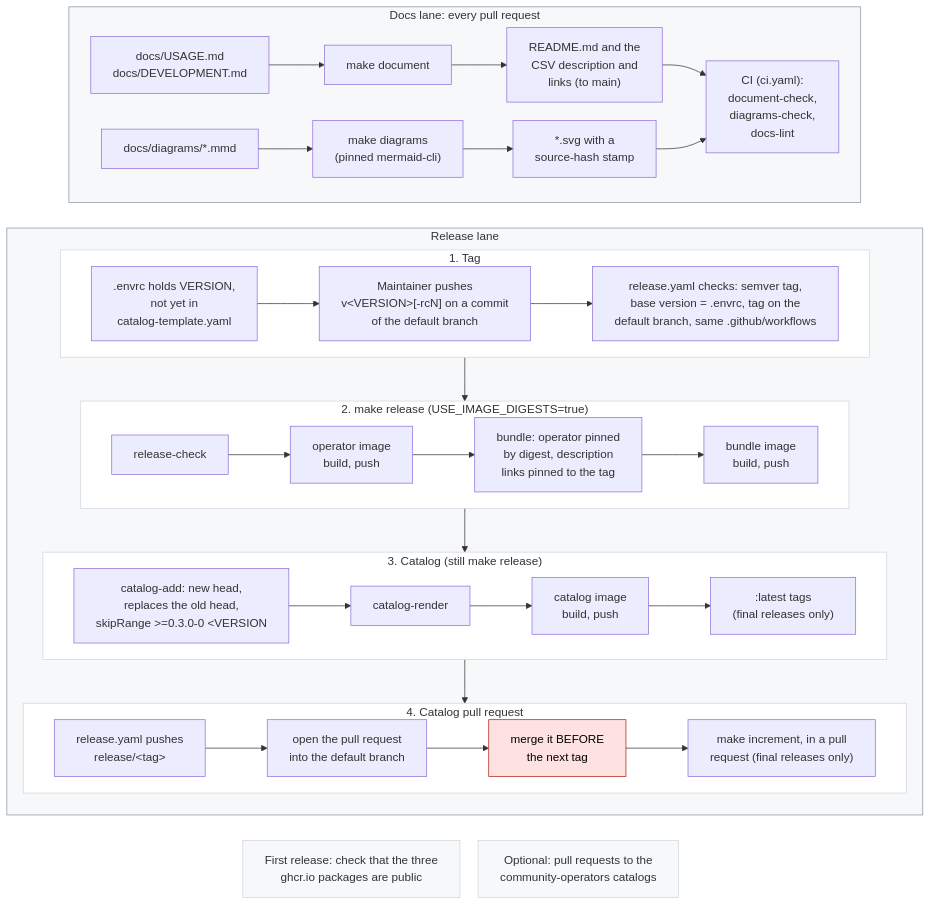
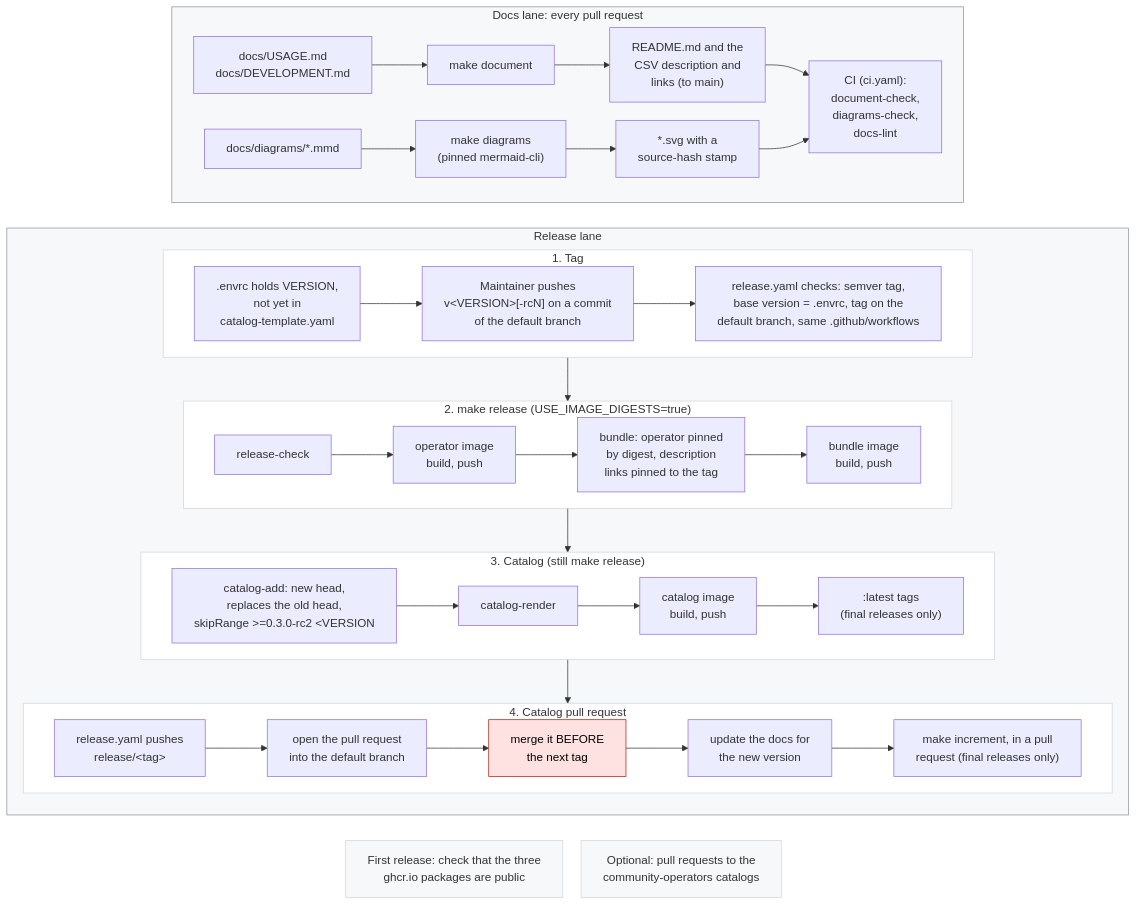
One commit to shpwrck/openshift-node-upgrade-mutex-operator changed the diagram in docs/diagrams/release-pipeline.mmd. Above: the diagram before and after it, drawn with Mermaid. The commit also changed 5 other files, not shown here.

```diff
--- a/docs/diagrams/release-pipeline.mmd
+++ b/docs/diagrams/release-pipeline.mmd
@@ -1,54 +1,54 @@
 ---
 config:
   themeCSS: ".warn text { stroke: none !important; } .edgeLabel rect { opacity: 1 !important; fill: #ffffff !important; }"
   flowchart:
     wrappingWidth: 400
     nodeSpacing: 25
     rankSpacing: 35
 ---
 flowchart TB
   accTitle: Docs and release pipeline
   accDescr: How docs and diagrams are generated and checked, and how a tag becomes the operator, bundle and catalog images and a catalog pull request.
 
   subgraph docs["Docs lane: every pull request"]
     direction LR
     src["docs/USAGE.md<br/>docs/DEVELOPMENT.md"] --> doc["make document"] --> gen["README.md and the<br/>CSV description and<br/>links (to main)"]
     mmd["docs/diagrams/*.mmd"] --> dia["make diagrams<br/>(pinned mermaid-cli)"] --> svg["*.svg with a<br/>source-hash stamp"]
     gen --> ci["CI (ci.yaml):<br/>document-check,<br/>diagrams-check,<br/>docs-lint"]
     svg --> ci
   end
 
   subgraph rel["Release lane"]
     direction TB
     subgraph ra["1. Tag"]
       direction LR
       ver[".envrc holds VERSION,<br/>not yet in<br/>catalog-template.yaml"] --> tag["Maintainer pushes<br/>v#lt;VERSION#gt;[-rcN] on a commit<br/>of the default branch"] --> chk["release.yaml checks: semver tag,<br/>base version = .envrc, tag on the<br/>default branch, same .github/workflows"]
     end
     subgraph rb["2. make release (USE_IMAGE_DIGESTS=true)"]
       direction LR
       rc["release-check"] --> op["operator image<br/>build, push"] --> bun["bundle: operator pinned<br/>by digest, description<br/>links pinned to the tag"] --> bimg["bundle image<br/>build, push"]
     end
     subgraph rc2["3. Catalog (still make release)"]
       direction LR
-      cadd["catalog-add: new head,<br/>replaces the old head,<br/>skipRange #gt;=0.3.0-0 #lt;VERSION"] --> crender["catalog-render"] --> cimg["catalog image<br/>build, push"] --> latest[":latest tags<br/>(final releases only)"]
+      cadd["catalog-add: new head,<br/>replaces the old head,<br/>skipRange #gt;=0.3.0-rc2 #lt;VERSION"] --> crender["catalog-render"] --> cimg["catalog image<br/>build, push"] --> latest[":latest tags<br/>(final releases only)"]
     end
     subgraph rd["4. Catalog pull request"]
       direction LR
-      branch["release.yaml pushes<br/>release/#lt;tag#gt;"] --> pr["open the pull request<br/>into the default branch"] --> merge["merge it BEFORE<br/>the next tag"] --> inc["make increment, in a pull<br/>request (final releases only)"]
+      branch["release.yaml pushes<br/>release/#lt;tag#gt;"] --> pr["open the pull request<br/>into the default branch"] --> merge["merge it BEFORE<br/>the next tag"] --> upd["update the docs for<br/>the new version"] --> inc["make increment, in a pull<br/>request (final releases only)"]
     end
     ra --> rb --> rc2 --> rd
   end
 
   n1["First release: check that the three<br/>ghcr.io packages are public"]
   n2["Optional: pull requests to the<br/>community-operators catalogs"]
   docs ~~~ rel
   rel ~~~ n1 & n2
 
   classDef lane fill:#f6f8fa,stroke:#8c959f
   classDef step fill:#ffffff,stroke:#d0d7de
   classDef note fill:#f6f8fa,stroke:#d0d7de
   classDef warn fill:#fde2e1,stroke:#b42318,color:#000000
   class docs,rel lane
   class ra,rb,rc2,rd step
   class n1,n2 note
   class merge warn
```
